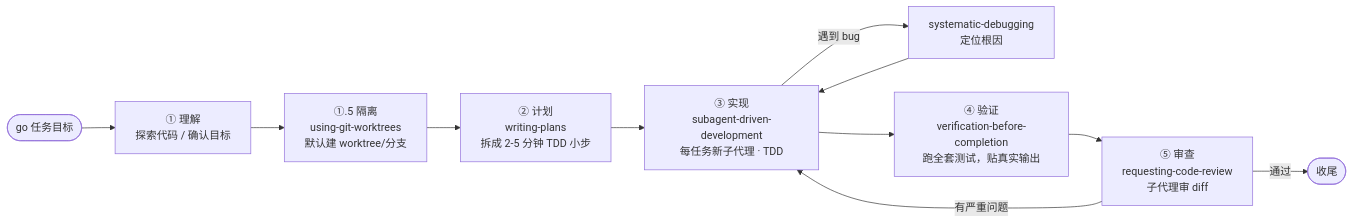
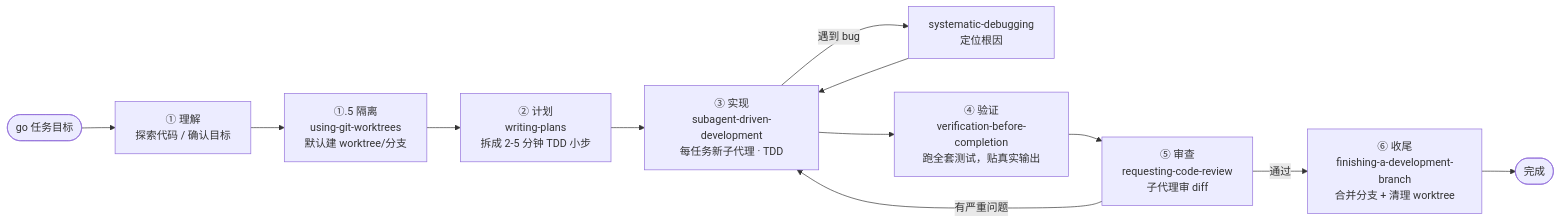
The fifth of 13 diagrams in 技术方案文档.md (YachuanWzh/harness), drawn with Mermaid before and after one commit. The commit also changed other lines of this file and 10 other files, not shown here.

````diff
--- a/技术方案文档.md
+++ b/技术方案文档.md
@@ -140,13 +140,14 @@
 ```mermaid
 flowchart LR
     G([go 任务目标]) --> P1["① 理解<br/>探索代码 / 确认目标"]
     P1 --> P05["①.5 隔离<br/>using-git-worktrees<br/>默认建 worktree/分支"]
     P05 --> P2["② 计划<br/>writing-plans<br/>拆成 2-5 分钟 TDD 小步"]
     P2 --> P3["③ 实现<br/>subagent-driven-development<br/>每任务新子代理 · TDD"]
     P3 -->|遇到 bug| DBG["systematic-debugging<br/>定位根因"]
     DBG --> P3
     P3 --> P4["④ 验证<br/>verification-before-completion<br/>跑全套测试，贴真实输出"]
     P4 --> P5["⑤ 审查<br/>requesting-code-review<br/>子代理审 diff"]
     P5 -->|有严重问题| P3
-    P5 -->|通过| DONE([收尾])
+    P5 -->|通过| P6["⑥ 收尾<br/>finishing-a-development-branch<br/>合并分支 + 清理 worktree"]
+    P6 --> DONE([完成])
 ```
````
